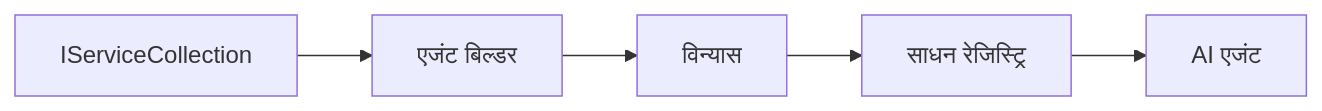
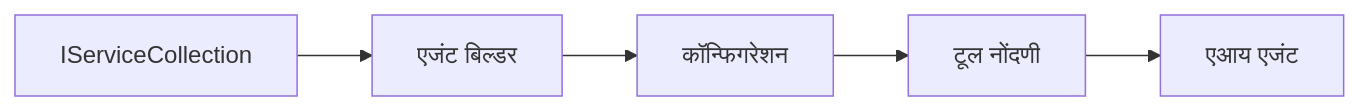
One commit to venturemavenwill/azureaifundamentals changed the diagram in translations/mr/03-agentic-design-patterns/code_samples/03-dotnet-agent-framework.md. Above: the diagram before and after it, drawn with Mermaid. The commit also changed other lines of this file and 145 other files, not shown here.

````diff
--- a/translations/mr/03-agentic-design-patterns/code_samples/03-dotnet-agent-framework.md
+++ b/translations/mr/03-agentic-design-patterns/code_samples/03-dotnet-agent-framework.md
@@ -41,7 +41,7 @@
 ```mermaid
 graph LR
     A[IServiceCollection] --> B[एजंट बिल्डर]
-    B --> C[विन्यास]
-    C --> D[साधन रेजिस्ट्रि]
-    D --> E[AI एजंट]
+    B --> C[कॉन्फिगरेशन]
+    C --> D[टूल नोंदणी]
+    D --> E[एआय एजंट]
 ```
````
